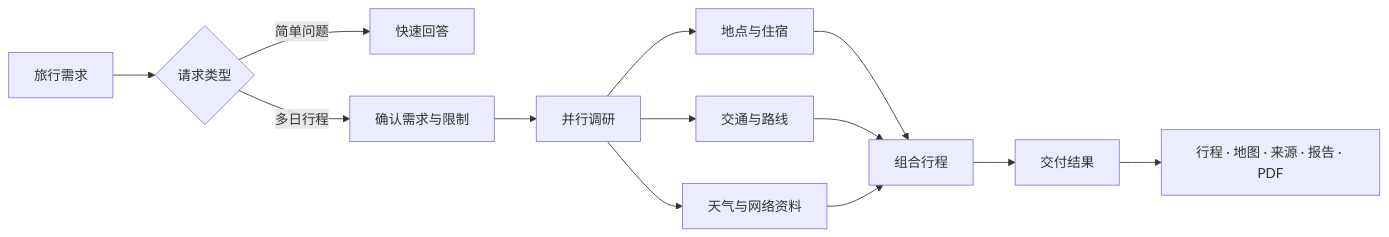
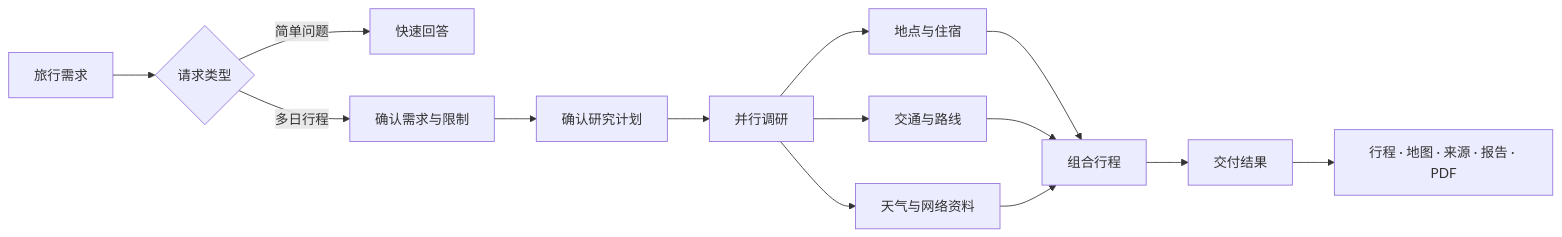
Before and after one commit to Lagom-TA/JourneyPilot: the diagram in README.zh-CN.md, drawn with Mermaid. The commit also changed other lines of this file and 123 other files, not shown here.

Commit message:
feat(planning): clarify requirements before authorized research

````diff
--- a/README.zh-CN.md
+++ b/README.zh-CN.md
@@ -196,15 +196,16 @@
 ```mermaid
 flowchart LR
     Brief["旅行需求"] --> Route{"请求类型"}
     Route -->|简单问题| Fast["快速回答"]
     Route -->|多日行程| Clarify["确认需求与限制"]
-    Clarify --> Research["并行调研"]
+    Clarify --> Approve["确认研究计划"]
+    Approve --> Research["并行调研"]
     Research --> Places["地点与住宿"]
     Research --> Transport["交通与路线"]
     Research --> Context["天气与网络资料"]
     Places --> Compose["组合行程"]
     Transport --> Compose
     Context --> Compose
     Compose --> Delivery["交付结果"]
     Delivery --> Workspace["行程 · 地图 · 来源 · 报告 · PDF"]
 ```
````
